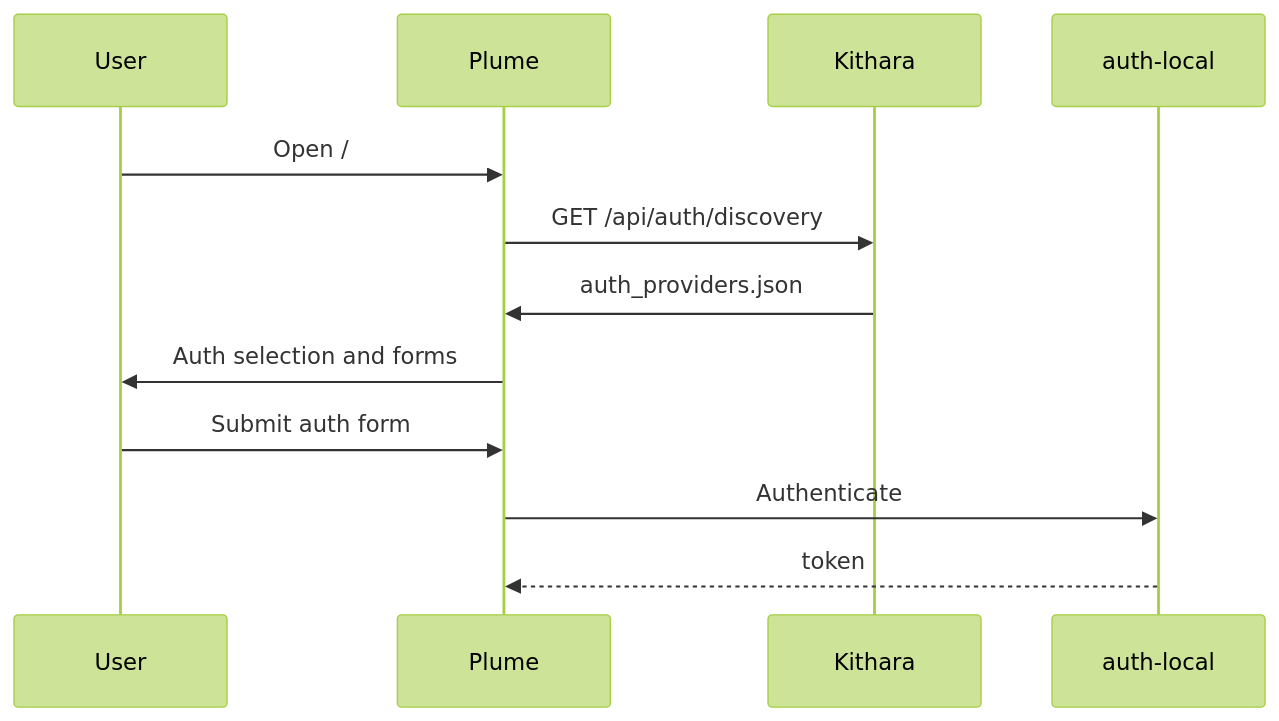
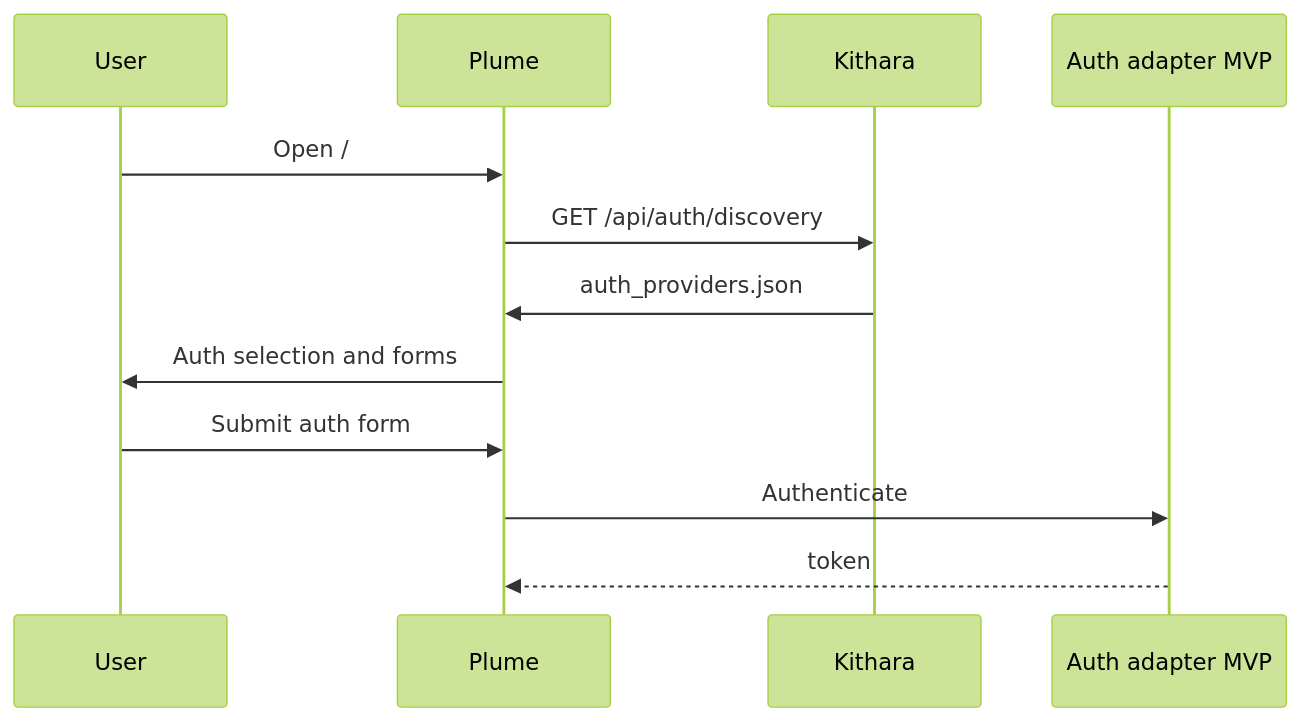
One commit to Bardie-radio/.github changed the third of 3 diagrams in profile/docs/architecture/04-user-journeys.md. Above: the diagram before and after it, drawn with Mermaid (forest theme). The commit also changed other lines of this file and 11 other files, not shown here.

Commit message:
Update documentation and .gitignore; enhance clarity on architecture and deployment details

````diff
--- a/profile/docs/architecture/04-user-journeys.md
+++ b/profile/docs/architecture/04-user-journeys.md
@@ -39,15 +41,15 @@
 ```mermaid
 sequenceDiagram
   participant User
   participant Plume
   participant Kithara
-  participant Auth as auth-local
+  participant Auth as Auth adapter MVP
 
   User->>Plume: Open /
   Plume->>Kithara: GET /api/auth/discovery
   Kithara->>Plume: auth_providers.json
   Plume->>User: Auth selection and forms
   User->>Plume: Submit auth form
   Plume->>Auth: Authenticate
   Auth-->>Plume: token
 ```
````
